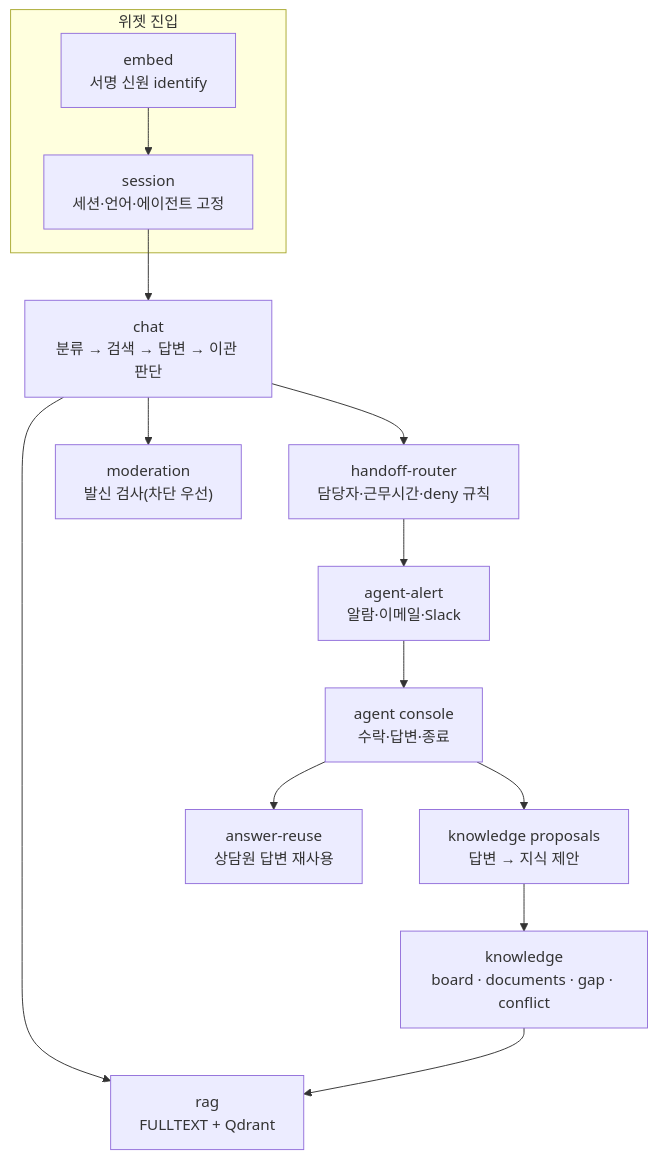
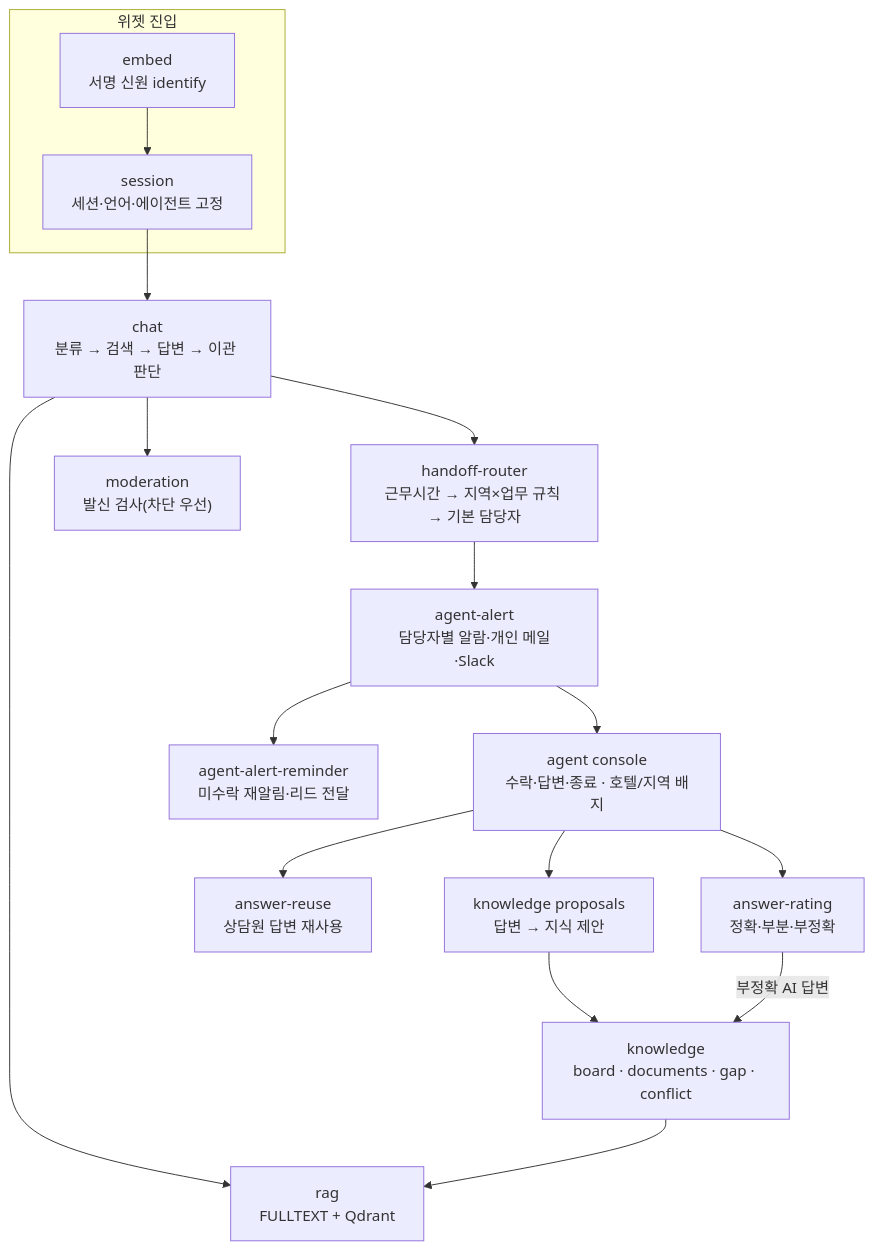
The second of 15 diagrams in docs/plan/PLN-261015-SharpTalk-for-Go2Joy-Project-Plan.md (amoeba-group/btbz-sharp-talk), drawn with Mermaid before and after one commit. The commit also changed other lines of this file and 4 other files, not shown here.

````diff
--- a/docs/plan/PLN-261015-SharpTalk-for-Go2Joy-Project-Plan.md
+++ b/docs/plan/PLN-261015-SharpTalk-for-Go2Joy-Project-Plan.md
@@ -136,16 +152,19 @@
 ```mermaid
 flowchart TB
   subgraph Widget["위젯 진입"]
     EMB["embed<br/>서명 신원 identify"] --> SES["session<br/>세션·언어·에이전트 고정"]
   end
   SES --> CHAT["chat<br/>분류 → 검색 → 답변 → 이관 판단"]
   CHAT --> RAG["rag<br/>FULLTEXT + Qdrant"]
   CHAT --> MOD["moderation<br/>발신 검사(차단 우선)"]
-  CHAT --> HR["handoff-router<br/>담당자·근무시간·deny 규칙"]
-  HR --> ALERT["agent-alert<br/>알람·이메일·Slack"]
-  ALERT --> CON["agent console<br/>수락·답변·종료"]
+  CHAT --> HR["handoff-router<br/>근무시간 → 지역×업무 규칙 → 기본 담당자"]
+  HR --> ALERT["agent-alert<br/>담당자별 알람·개인 메일·Slack"]
+  ALERT --> REM["agent-alert-reminder<br/>미수락 재알림·리드 전달"]
+  ALERT --> CON["agent console<br/>수락·답변·종료 · 호텔/지역 배지"]
   CON --> REUSE["answer-reuse<br/>상담원 답변 재사용"]
   CON --> PROP["knowledge proposals<br/>답변 → 지식 제안"]
+  CON --> RATE["answer-rating<br/>정확·부분·부정확"]
+  RATE -- "부정확 AI 답변" --> KB
   PROP --> KB["knowledge<br/>board · documents · gap · conflict"]
   KB --> RAG
 ```
````
